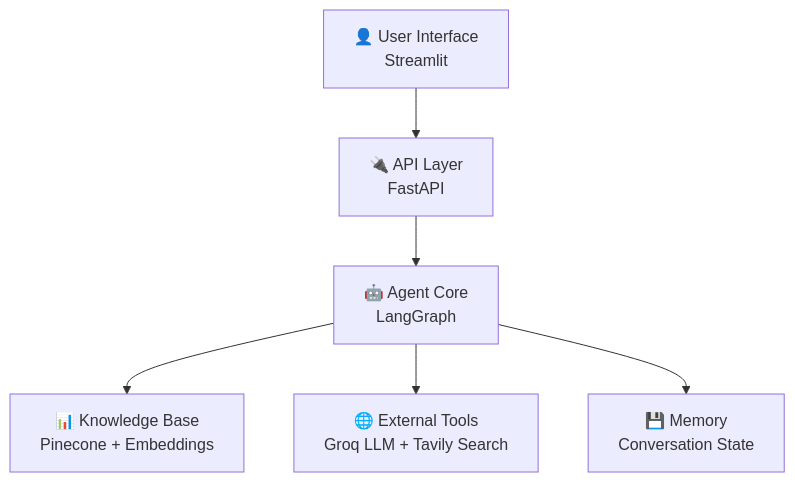
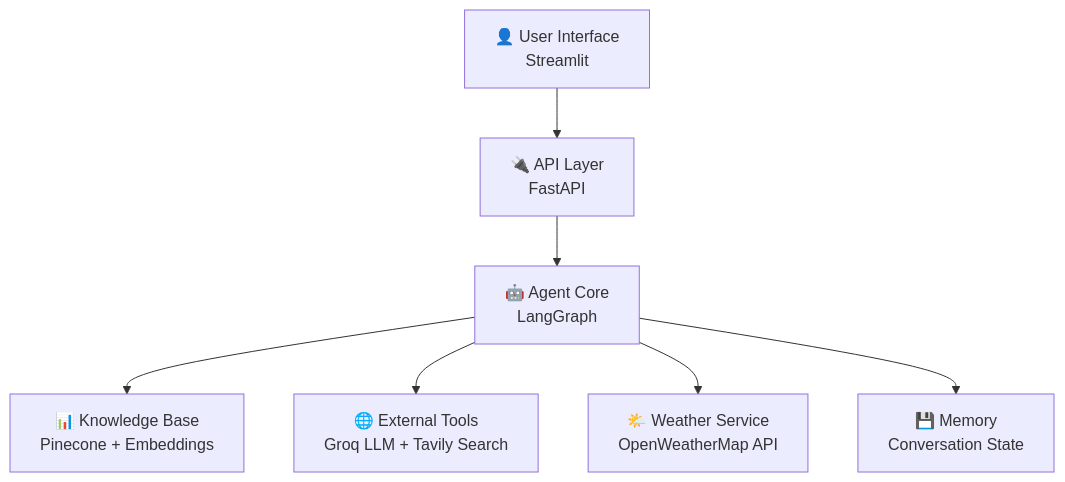
The diagram in README.md (anupkrmaurya/real-time-rag-assistant-langgraph), drawn with Mermaid before and after one commit. The commit also changed other lines of this file and 6 other files, not shown here.

````diff
--- a/README.md
+++ b/README.md
@@ -33,8 +37,9 @@
 ```mermaid
 graph TB
     A[👤 User Interface<br/>Streamlit] --> B[🔌 API Layer<br/>FastAPI]
     B --> C[🤖 Agent Core<br/>LangGraph]
     C --> D[📊 Knowledge Base<br/>Pinecone + Embeddings]
     C --> E[🌐 External Tools<br/>Groq LLM + Tavily Search]
-    C --> F[💾 Memory<br/>Conversation State]
+    C --> F[🌤️ Weather Service<br/>OpenWeatherMap API]
+    C --> G[💾 Memory<br/>Conversation State]
 ```
````
